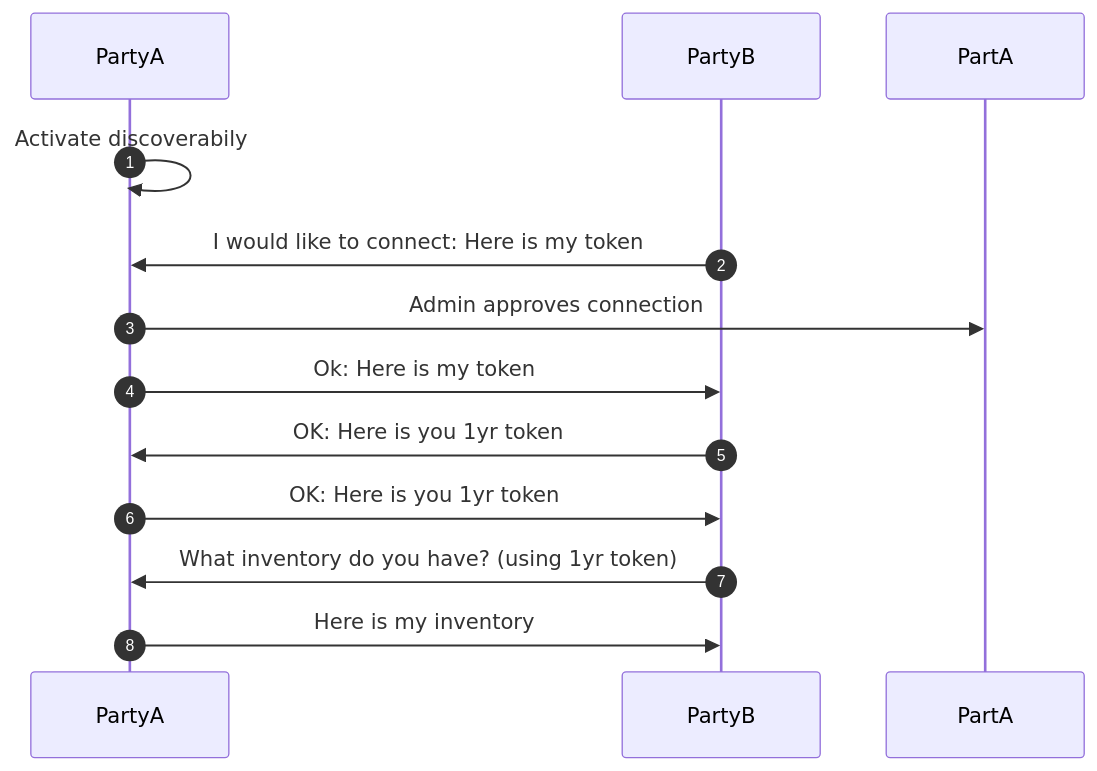
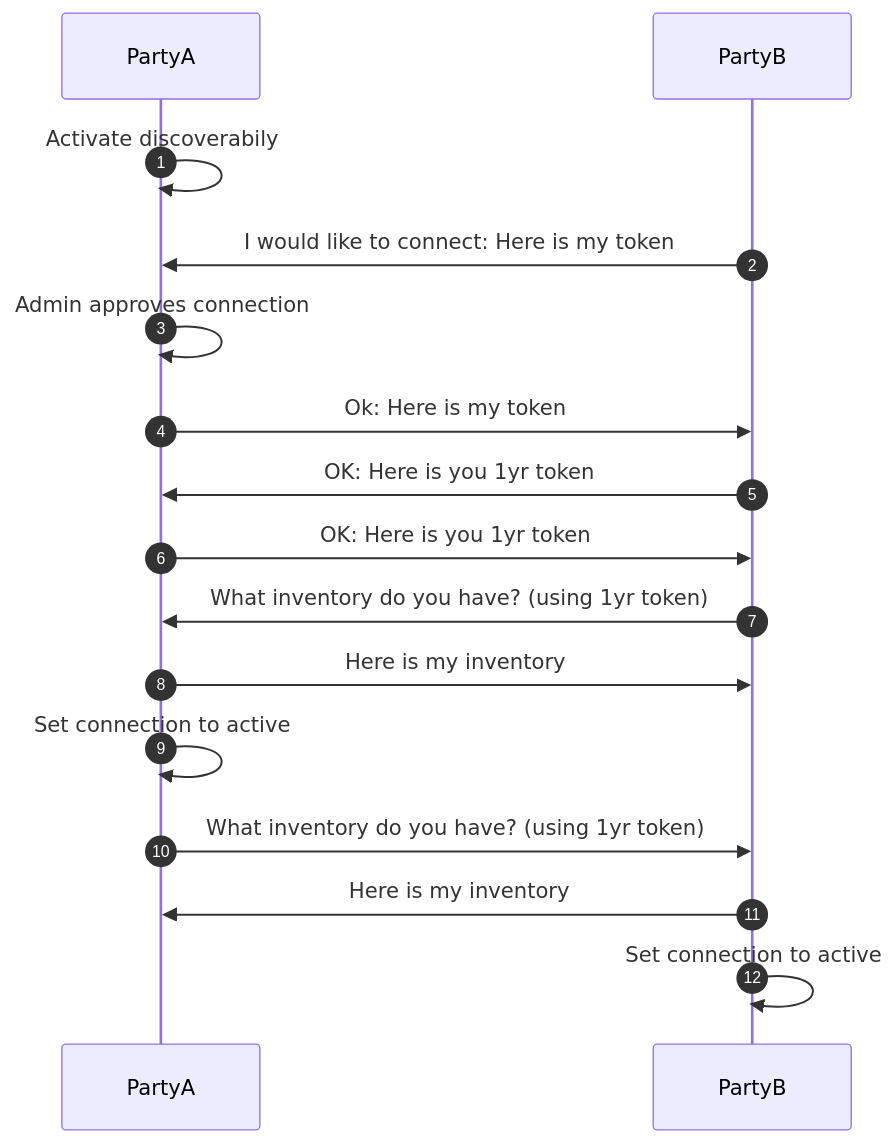
Before and after one commit to invenhost/inventree-federation: the first of 3 diagrams in docs/modules/ROOT/pages/home.adoc, drawn with Mermaid. The commit also changed other lines of this file, not shown here.

```diff
--- a/docs/modules/ROOT/pages/home.adoc
+++ b/docs/modules/ROOT/pages/home.adoc
@@ -44,15 +44,19 @@
 [mermaid]
 ....
 sequenceDiagram
     autonumber
     participant PartyA
     participant PartyB
     PartyA->>PartyA: Activate discoverabily
     PartyB->>PartyA: I would like to connect: Here is my token
-    PartyA->>PartA: Admin approves connection
+    PartyA->>PartyA: Admin approves connection
     PartyA->>PartyB: Ok: Here is my token
     PartyB->>PartyA: OK: Here is you 1yr token
     PartyA->>PartyB: OK: Here is you 1yr token
     PartyB->>PartyA: What inventory do you have? (using 1yr token)
     PartyA->>PartyB: Here is my inventory
+    PartyA->>PartyA: Set connection to active
+    PartyA->>PartyB: What inventory do you have? (using 1yr token)
+    PartyB->>PartyA: Here is my inventory
+    PartyB->>PartyB: Set connection to active
 ....
```
